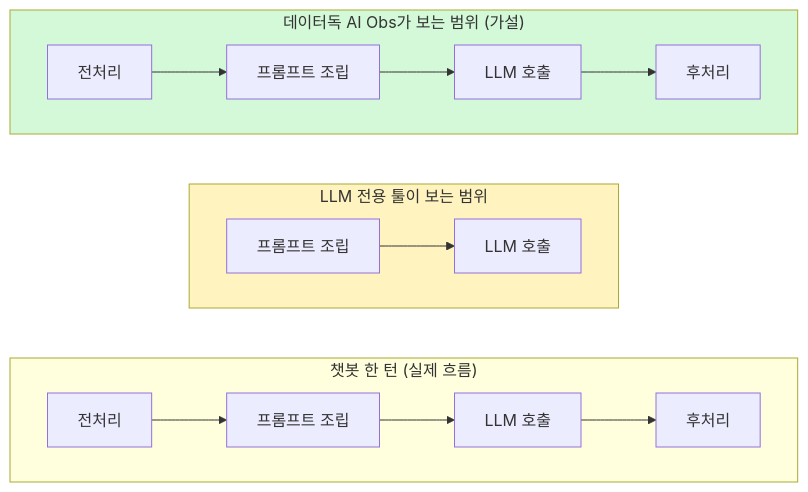
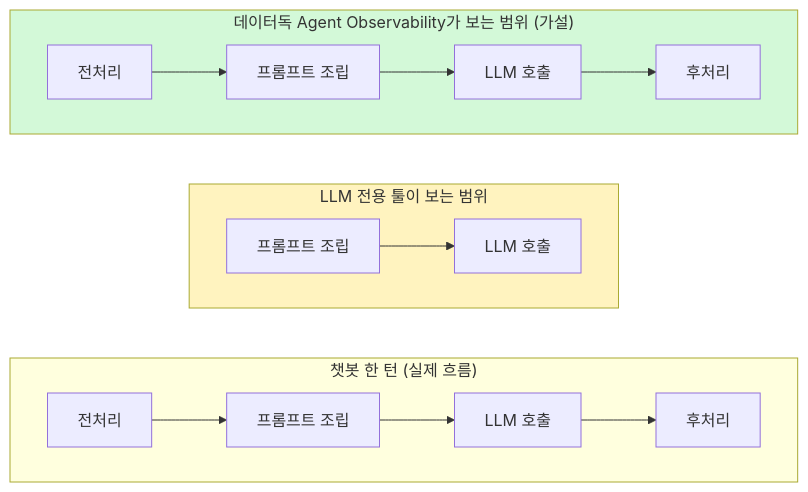
Before and after one commit to kimmand0o0/kimmand0o0.github.io: the second of 2 diagrams in _posts/2026-07/2026-07-22-datadog-study-03-langfuse-vs-datadog.md, drawn with Mermaid. The commit also changed other lines of this file and 3 other files, not shown here.

````diff
--- a/_posts/2026-07/2026-07-22-datadog-study-03-langfuse-vs-datadog.md
+++ b/_posts/2026-07/2026-07-22-datadog-study-03-langfuse-vs-datadog.md
@@ -64,20 +64,20 @@
 ```mermaid
 flowchart LR
     subgraph 턴["챗봇 한 턴 (실제 흐름)"]
         direction LR
         S1[전처리] --> S2[프롬프트 조립] --> S3[LLM 호출] --> S4[후처리]
     end
 
     subgraph LF["LLM 전용 툴이 보는 범위"]
         direction LR
         L2[프롬프트 조립] --> L3[LLM 호출]
     end
 
-    subgraph DD["데이터독 AI Obs가 보는 범위 (가설)"]
+    subgraph DD["데이터독 Agent Observability가 보는 범위 (가설)"]
         direction LR
         D1[전처리] --> D2[프롬프트 조립] --> D3[LLM 호출] --> D4[후처리]
     end
 
     style LF fill:#fff3bf
     style DD fill:#d3f9d8
 ```
````
